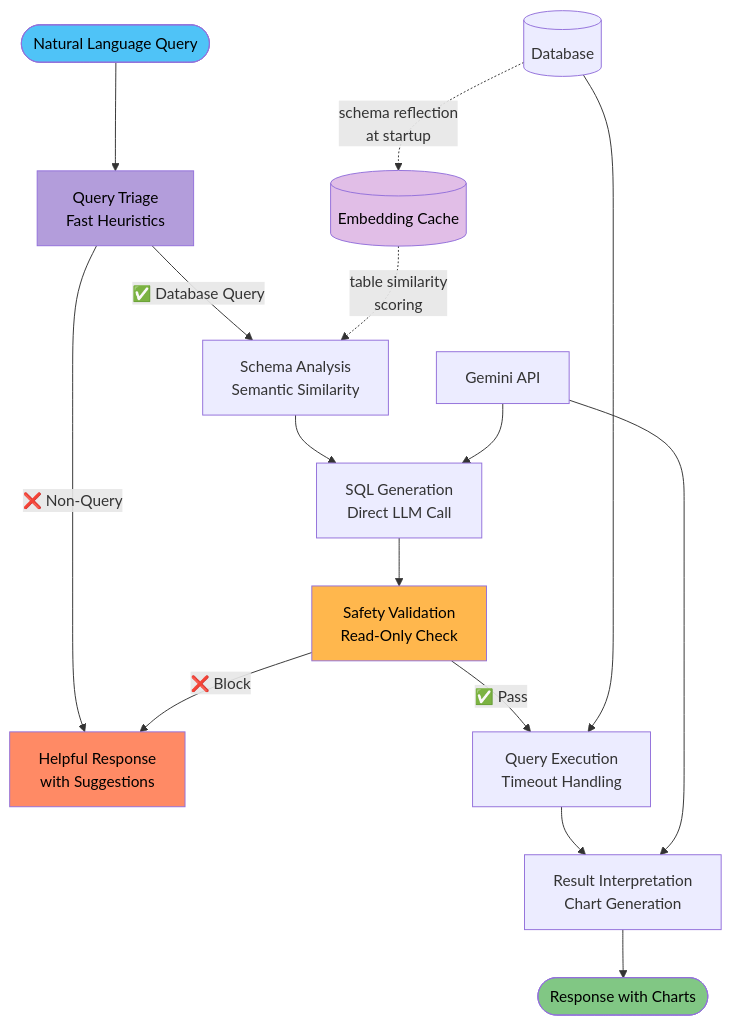
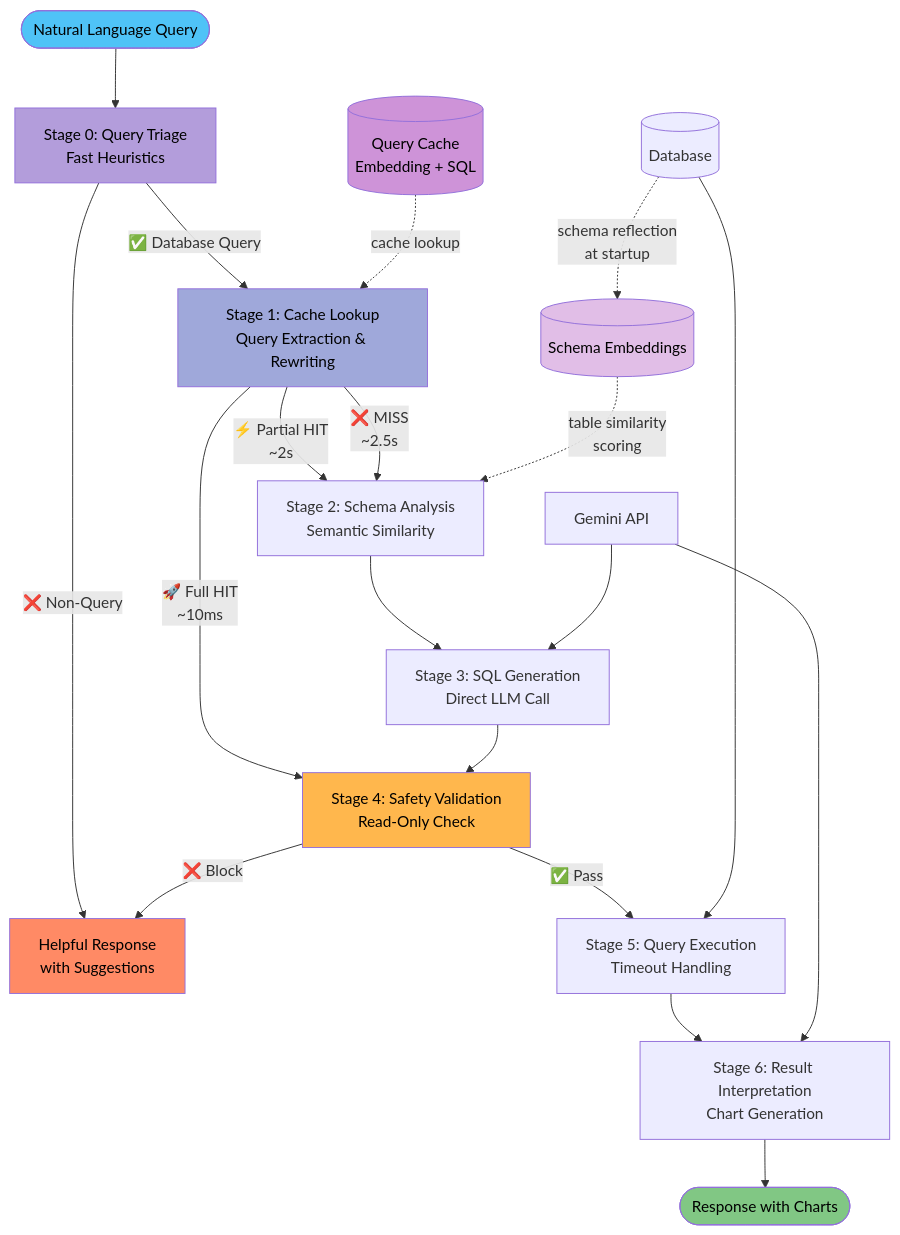
The diagram in README.md (keo571/netquery), drawn with Mermaid before and after one commit. The commit also changed other lines of this file and 14 other files, not shown here.

First line of the commit message:
feat: Add intelligent cache system with conversational query support

````diff
--- a/README.md
+++ b/README.md
@@ -7,25 +9,33 @@
 ```mermaid
 flowchart TD
-    A([Natural Language Query]) --> T[Query Triage<br/>Fast Heuristics]
-    T -->|✅ Database Query| B[Schema Analysis<br/>Semantic Similarity]
+    A([Natural Language Query]) --> T[Stage 0: Query Triage<br/>Fast Heuristics]
+    T -->|✅ Database Query| CL[Stage 1: Cache Lookup<br/>Query Extraction & Rewriting]
     T -->|❌ Non-Query| H[Helpful Response<br/>with Suggestions]
-    B --> C[SQL Generation<br/>Direct LLM Call]
-    C --> D[Safety Validation<br/>Read-Only Check]
-    D -->|✅ Pass| E[Query Execution<br/>Timeout Handling]
-    D -->|❌ Block| H
-    E --> F[Result Interpretation<br/>Chart Generation]
+
+    CL -->|🚀 Full HIT<br/>~10ms| V[Stage 4: Safety Validation<br/>Read-Only Check]
+    CL -->|⚡ Partial HIT<br/>~2s| B[Stage 2: Schema Analysis<br/>Semantic Similarity]
+    CL -->|❌ MISS<br/>~2.5s| B
+
+    B --> C[Stage 3: SQL Generation<br/>Direct LLM Call]
+    C --> V
+    V -->|✅ Pass| E[Stage 5: Query Execution<br/>Timeout Handling]
+    V -->|❌ Block| H
+    E --> F[Stage 6: Result Interpretation<br/>Chart Generation]
     F --> G([Response with Charts])
 
-    DB[(Database)] -.->|schema reflection<br/>at startup| CACHE
-    CACHE[(Embedding Cache)] -.->|table similarity<br/>scoring| B
+    DB[(Database)] -.->|schema reflection<br/>at startup| SCHEMA_CACHE
+    SCHEMA_CACHE[(Schema Embeddings)] -.->|table similarity<br/>scoring| B
+    QUERY_CACHE[(Query Cache<br/>Embedding + SQL)] -.->|cache lookup| CL
     LLM[Gemini API] --> C
     LLM --> F
     DB --> E
 
     style A fill:#4FC3F7,color:#000
     style T fill:#B39DDB,color:#000
+    style CL fill:#9FA8DA,color:#000
     style G fill:#81C784,color:#000
     style H fill:#FF8A65,color:#000
-    style D fill:#FFB74D,color:#000
-    style CACHE fill:#E1BEE7,color:#000
+    style V fill:#FFB74D,color:#000
+    style SCHEMA_CACHE fill:#E1BEE7,color:#000
+    style QUERY_CACHE fill:#CE93D8,color:#000
 ```
````
